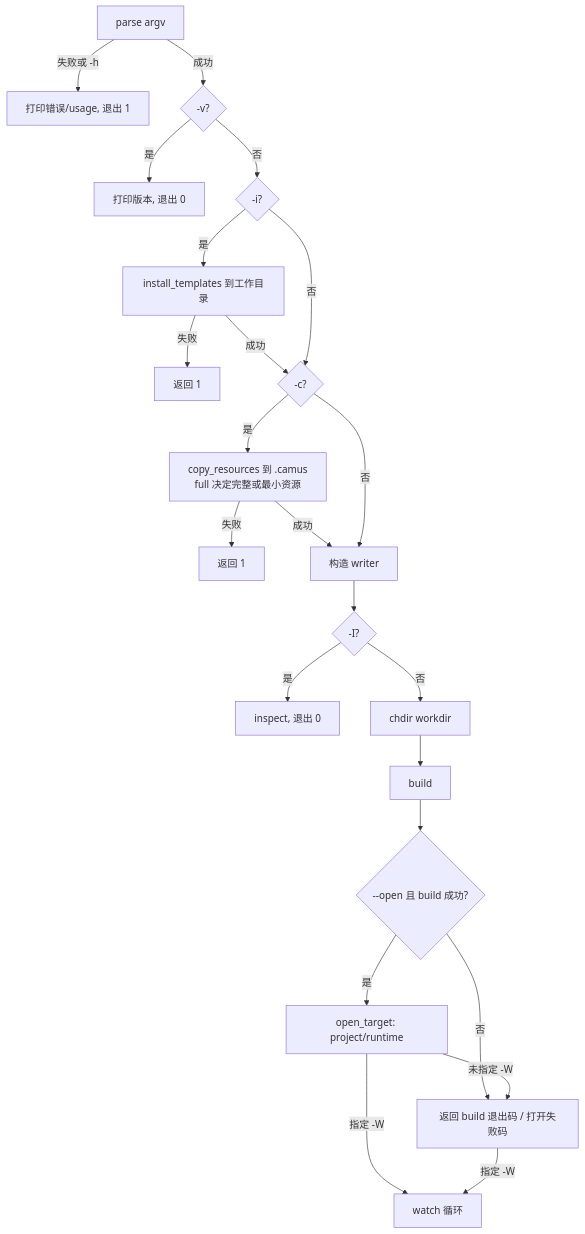
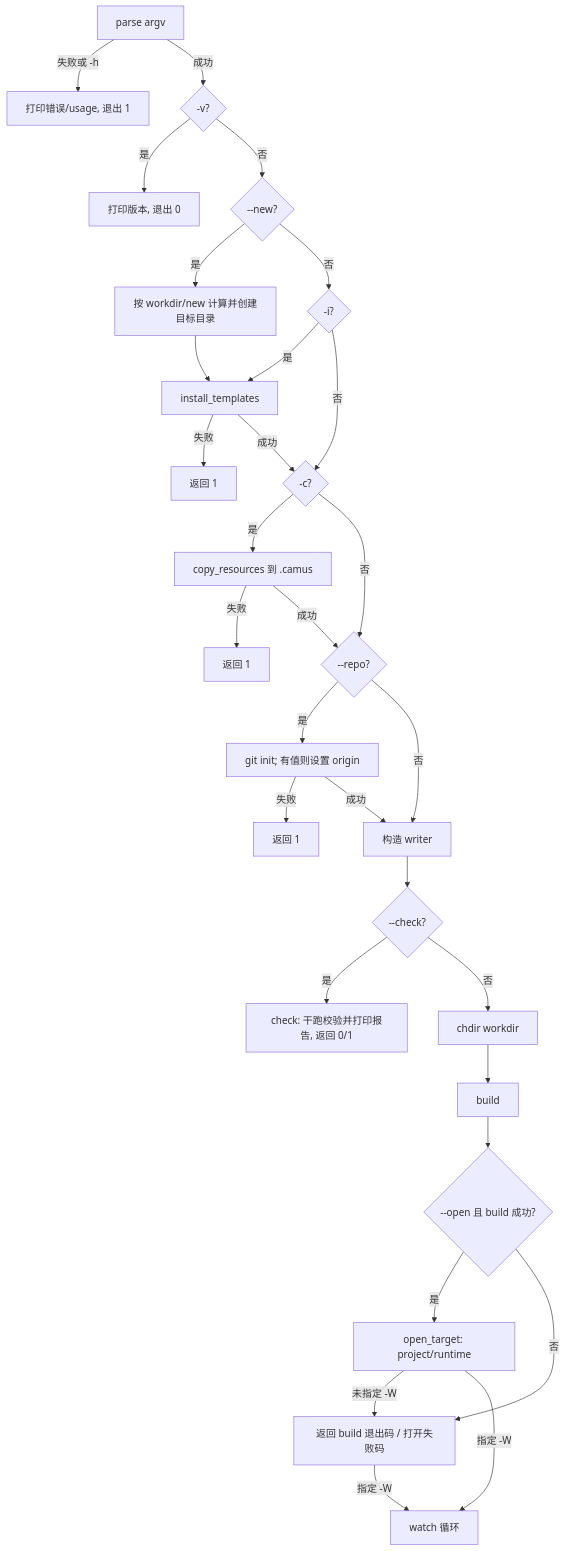
Before and after one commit to o8x/camus: the diagram in docs/prd/02-command-line.md, drawn with Mermaid. The commit also changed other lines of this file and 10 other files, not shown here.

Commit message:
feat: add new and repo commands and replace inspect with check

````diff
--- a/docs/prd/02-command-line.md
+++ b/docs/prd/02-command-line.md
@@ -45,25 +48,32 @@
 ```mermaid
 flowchart TD
     P[parse argv] -->|失败或 -h| H[打印错误/usage, 退出 1]
     P -->|成功| V{-v?}
     V -->|是| VO[打印版本, 退出 0]
-    V -->|否| I{-i?}
-    I -->|是| INS[install_templates 到工作目录]
+    V -->|否| N{--new?}
+    N -->|是| NW[按 workdir/new 计算并创建目标目录]
+    N -->|否| I{-i?}
+    NW --> INS[install_templates]
+    I -->|是| INS
+    I -->|否| CP{-c?}
     INS -->|失败| IF[返回 1]
-    INS -->|成功| CP{-c?}
-    I -->|否| CP
-    CP -->|是| COPY[copy_resources 到 .camus<br/>full 决定完整或最小资源]
+    INS -->|成功| CP
+    CP -->|是| COPY[copy_resources 到 .camus]
     COPY -->|失败| CF[返回 1]
-    COPY -->|成功| C[构造 writer]
-    CP -->|否| C
-    C --> Q{-I?}
-    Q -->|是| INSP[inspect, 退出 0]
+    COPY -->|成功| R{--repo?}
+    CP -->|否| R
+    R -->|是| GIT[git init; 有值则设置 origin]
+    GIT -->|失败| GF[返回 1]
+    GIT -->|成功| C[构造 writer]
+    R -->|否| C
+    C --> Q{--check?}
+    Q -->|是| CHK[check: 干跑校验并打印报告, 返回 0/1]
     Q -->|否| WD[chdir workdir]
     WD --> B[build]
     B --> O{--open 且 build 成功?}
     O -->|是| OP[open_target: project/runtime]
     O -->|否| RET
     OP -->|未指定 -W| RET[返回 build 退出码 / 打开失败码]
     OP -->|指定 -W| WA[watch 循环]
     RET -->|指定 -W| WA
 ```
````
